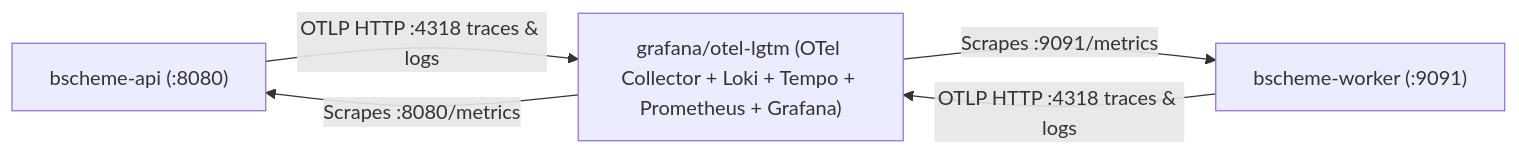
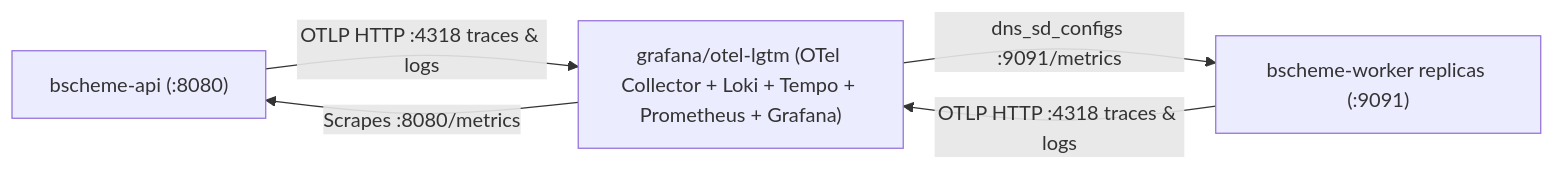
The diagram in observability/README.md (Vearance/tubes-wbd), drawn with Mermaid before and after one commit. The commit also changed other lines of this file and 1 other file, not shown here.

````diff
--- a/observability/README.md
+++ b/observability/README.md
@@ -7,7 +7,7 @@
 ```mermaid
 flowchart LR
   API["bscheme-api (:8080)"] -->|OTLP HTTP :4318 traces & logs| LGTM
-  WRK["bscheme-worker (:9091)"] -->|OTLP HTTP :4318 traces & logs| LGTM
+  WRK["bscheme-worker replicas (:9091)"] -->|OTLP HTTP :4318 traces & logs| LGTM
   LGTM["grafana/otel-lgtm (OTel Collector + Loki + Tempo + Prometheus + Grafana)"] -->|Scrapes :8080/metrics| API
-  LGTM -->|Scrapes :9091/metrics| WRK
+  LGTM -->|dns_sd_configs :9091/metrics| WRK
 ```
````
